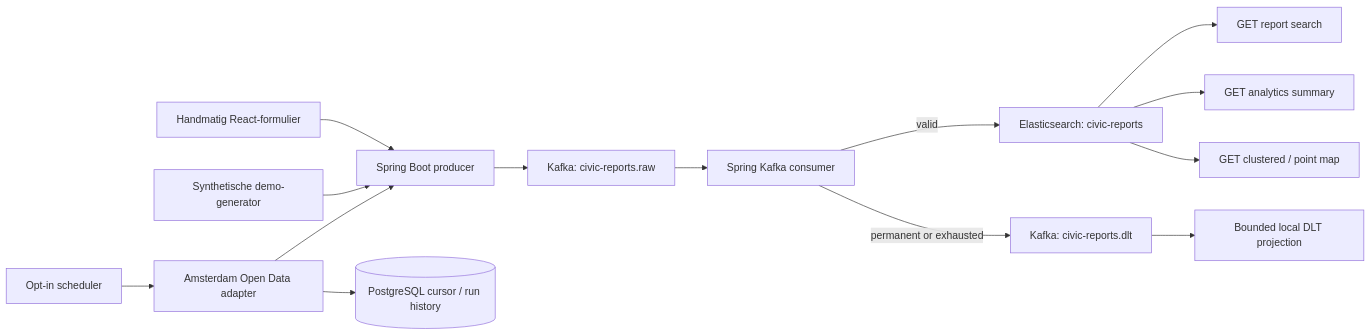
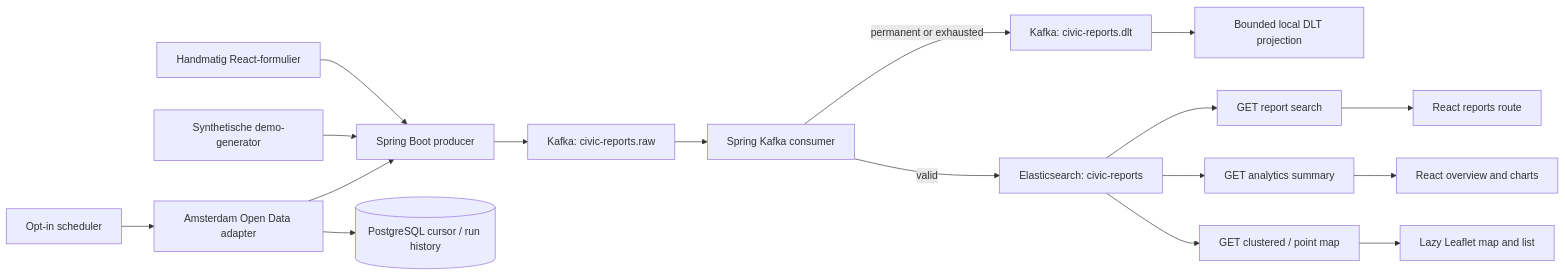
The diagram in docs/architecture.md (salahooo/CivicSignalNL), drawn with Mermaid before and after one commit. The commit also changed other lines of this file and 42 other files, not shown here.

````diff
--- a/docs/architecture.md
+++ b/docs/architecture.md
@@ -3,16 +3,19 @@
 ```mermaid
 flowchart LR
     A[Handmatig React-formulier] --> B[Spring Boot producer]
     X[Synthetische demo-generator] --> B
     S[Opt-in scheduler] --> Y[Amsterdam Open Data adapter]
     Y --> P[(PostgreSQL cursor / run history)]
     Y --> B
     B --> C[Kafka: civic-reports.raw]
     C --> D[Spring Kafka consumer]
     D -->|valid| E[Elasticsearch: civic-reports]
     D -->|permanent or exhausted| G[Kafka: civic-reports.dlt]
     G --> H[Bounded local DLT projection]
     E --> F[GET report search]
     E --> I[GET analytics summary]
     E --> J[GET clustered / point map]
+    F --> R[React reports route]
+    I --> Q[React overview and charts]
+    J --> M[Lazy Leaflet map and list]
 ```
````
